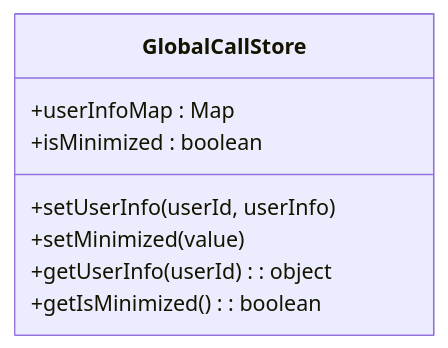
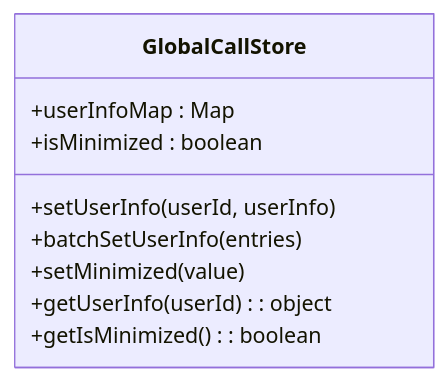
Before and after one commit to Easemob-Community/easemob-uikit-callkit-vue3: the third of 4 diagrams in .qoder/repowiki/zh/content/状态管理/状态管理.md, drawn with Mermaid. The commit also changed other lines of this file and 58 other files, not shown here.

````diff
--- a/.qoder/repowiki/zh/content/状态管理/状态管理.md
+++ b/.qoder/repowiki/zh/content/状态管理/状态管理.md
@@ -188,11 +222,12 @@
 ```mermaid
 classDiagram
 class GlobalCallStore {
 +userInfoMap : Map
 +isMinimized : boolean
 +setUserInfo(userId, userInfo)
++batchSetUserInfo(entries)
 +setMinimized(value)
 +getUserInfo(userId) : object
 +getIsMinimized() : boolean
 }
 ```
````
